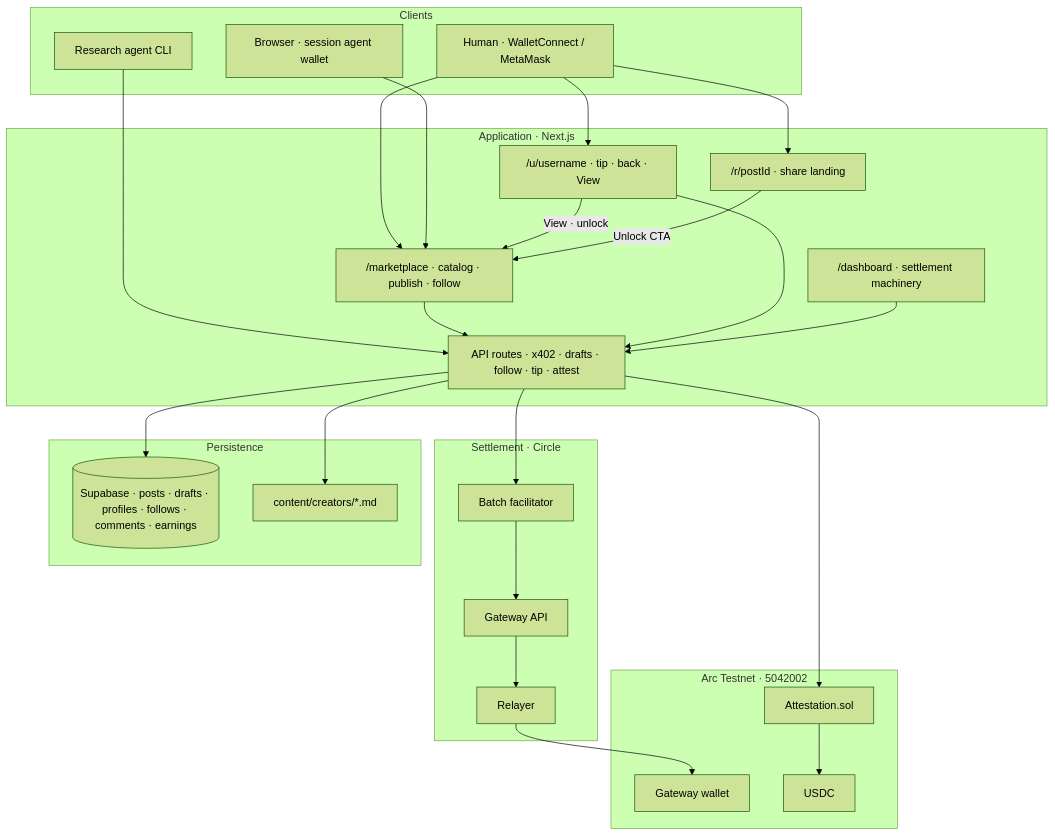
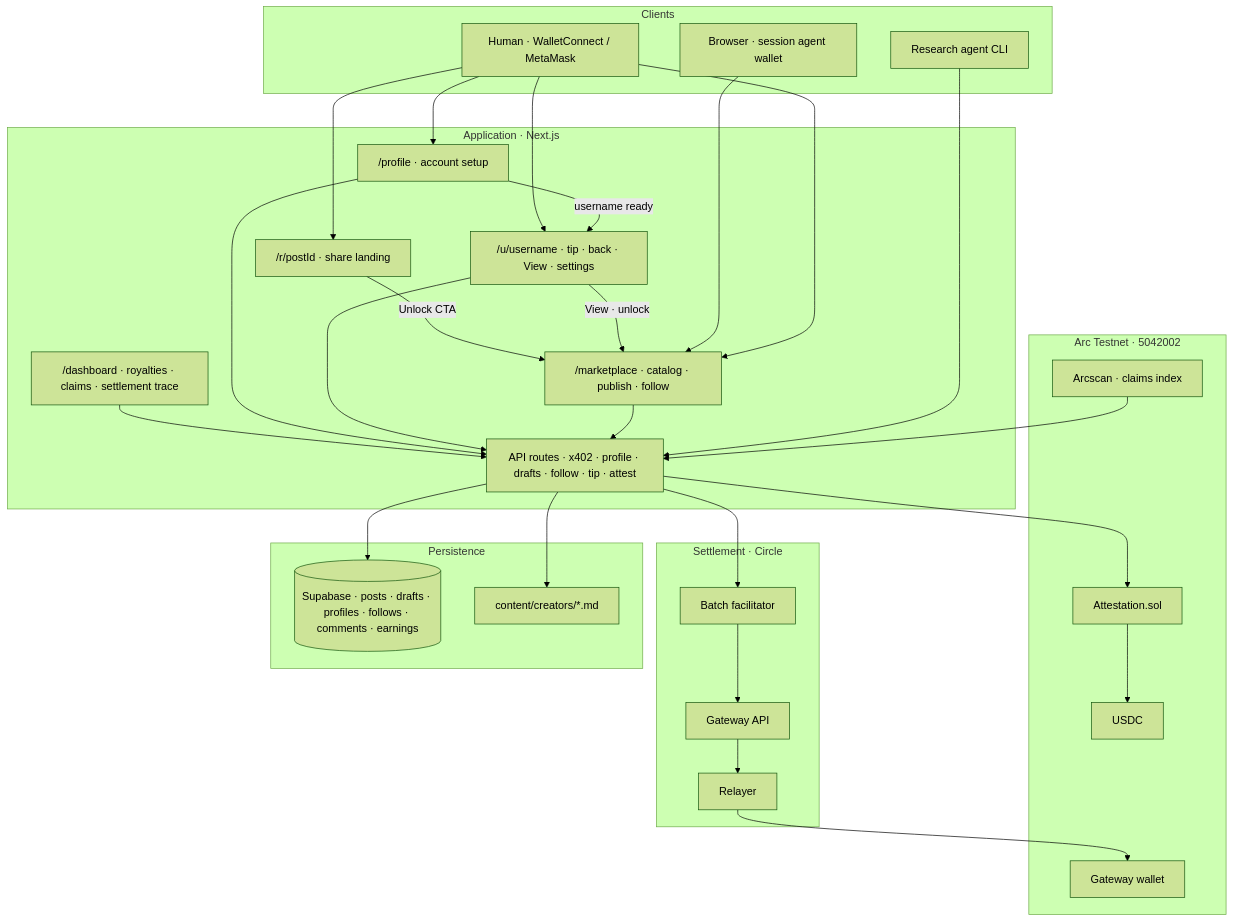
One commit to rudazy/citation-agent changed the first of 9 diagrams in README.md. Above: the diagram before and after it, drawn with Mermaid (forest theme). The commit also changed other lines of this file and 9 other files, not shown here.

Commit message:
Docs match profile setup

````diff
--- a/README.md
+++ b/README.md
@@ -41,50 +42,56 @@
 ```mermaid
 flowchart TB
   subgraph Clients["Clients"]
     Human["Human · WalletConnect / MetaMask"]
     Agent["Research agent CLI"]
     BrowserAgent["Browser · session agent wallet"]
   end
 
   subgraph Application["Application · Next.js"]
     Marketplace["/marketplace · catalog · publish · follow"]
-    Profiles["/u/username · tip · back · View"]
+    Setup["/profile · account setup"]
+    Profiles["/u/username · tip · back · View · settings"]
     Reports["/r/postId · share landing"]
-    Dashboard["/dashboard · settlement machinery"]
-    APIs["API routes · x402 · drafts · follow · tip · attest"]
+    Dashboard["/dashboard · royalties · claims · settlement trace"]
+    APIs["API routes · x402 · profile · drafts · follow · tip · attest"]
   end
 
   subgraph Settlement["Settlement · Circle"]
     Facilitator["Batch facilitator"]
     GatewayAPI["Gateway API"]
     Relayer["Relayer"]
   end
 
   subgraph Chain["Arc Testnet · 5042002"]
     GatewayWallet["Gateway wallet"]
     USDC["USDC"]
     Attestation["Attestation.sol"]
+    Arcscan["Arcscan · claims index"]
   end
 
   subgraph Persistence["Persistence"]
     Supabase[("Supabase · posts · drafts · profiles · follows · comments · earnings")]
     Seeds["content/creators/*.md"]
   end
 
   Human --> Marketplace
+  Human --> Setup
+  Setup -->|"username ready"| Profiles
   Human --> Profiles
   Human --> Reports
   BrowserAgent --> Marketplace
   Profiles -->|"View · unlock"| Marketplace
   Reports -->|"Unlock CTA"| Marketplace
   Agent --> APIs
   Marketplace --> APIs
   Profiles --> APIs
+  Setup --> APIs
   Dashboard --> APIs
   APIs --> Facilitator
   Facilitator --> GatewayAPI --> Relayer --> GatewayWallet
   APIs --> Attestation
   Attestation --> USDC
+  Arcscan --> APIs
   APIs --> Seeds
   APIs --> Supabase
 ```
````
